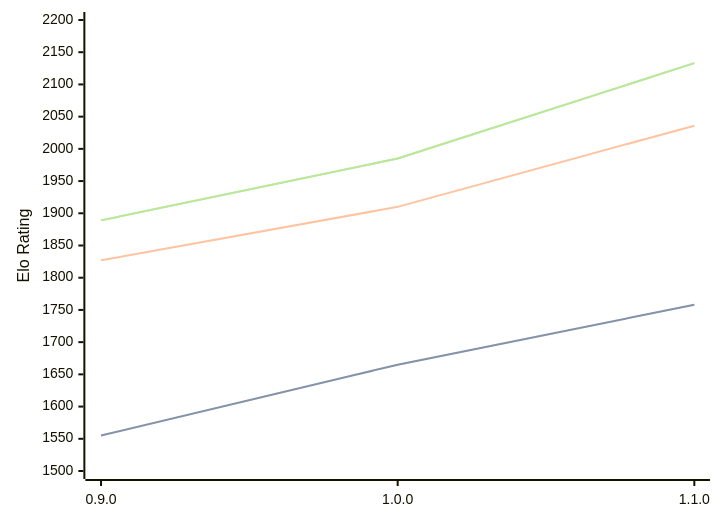
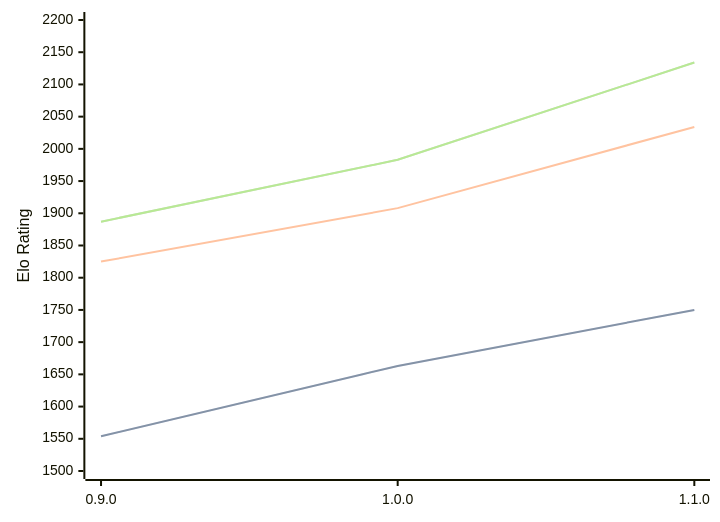
Before and after one commit to computer-chess-index/cci: the diagram in engines/Ratsu.md, drawn with Mermaid. The commit also changed other lines of this file, not shown here.

Commit message:
Update CCI Ratings (ELO VLTC) - 2026-04-27

````diff
--- a/engines/Ratsu.md
+++ b/engines/Ratsu.md
@@ -33,11 +33,11 @@
 ```mermaid
 %%{init: {"theme":"base","themeVariables":{"seriesColors:['#a3a3a3','#222221','#faa371']}}}%%
 xychart-beta
   x-axis ["0.9.0", "1.0.0", "1.1.0"]
   y-axis "Elo Rating" 1500 --> 2200
-  line "STC (8.0+0.08s)" [1555, 1665, 1758]
-  line "STC (8.0+0.08s)" [1555, 1665, 1758]
-  line "LTC (60.0+0.60s)" [1827, 1910, 2036]
-  line "VLTC (2m24s+1.12s)" [1889, 1985, 2133]
-  line "VLTC (2m24s+1.12s)" [1889, 1985, 2133]
+  line "STC (8.0+0.08s)" [1554, 1663, 1750]
+  line "STC (8.0+0.08s)" [1554, 1663, 1750]
+  line "LTC (60.0+0.60s)" [1825, 1908, 2034]
+  line "VLTC (2m24s+1.12s)" [1887, 1983, 2134]
+  line "VLTC (2m24s+1.12s)" [1887, 1983, 2134]
 ```
````
